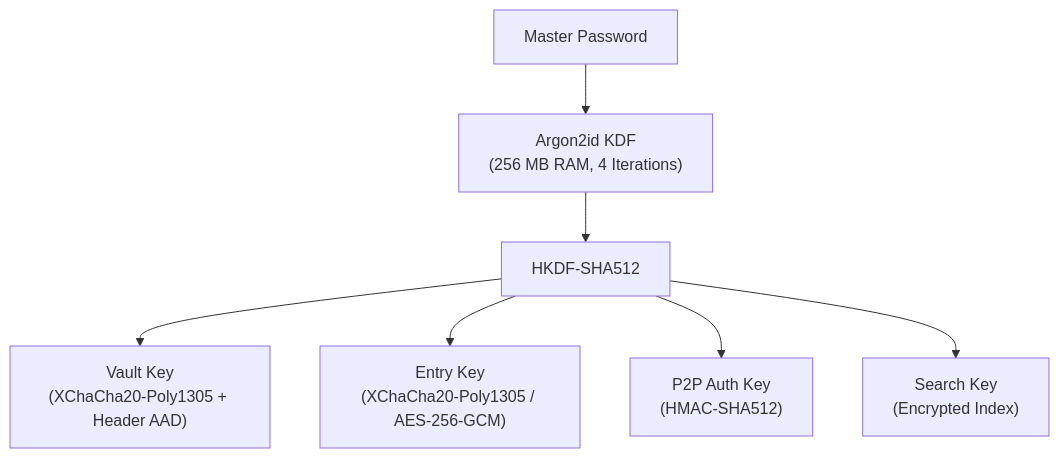
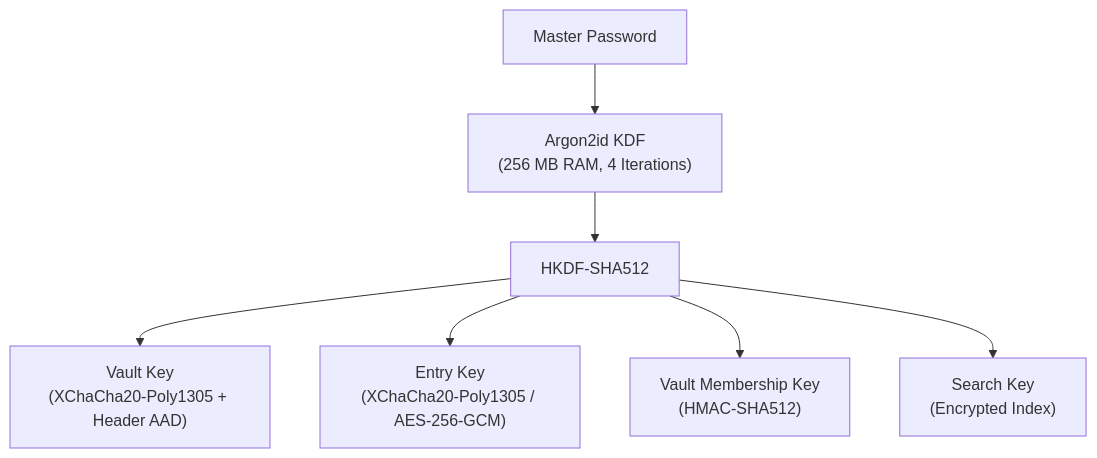
The first of 2 diagrams in README.md (YntraAB/yntra-vault), drawn with Mermaid before and after one commit. The commit also changed other lines of this file and 231 other files, not shown here.

````diff
--- a/README.md
+++ b/README.md
@@ -27,9 +27,9 @@
 ```mermaid
 graph TD
     PWD["Master Password"] --> ARG["Argon2id KDF<br/>(256 MB RAM, 4 Iterations)"]
     ARG --> HKDF["HKDF-SHA512"]
     HKDF --> VK["Vault Key<br/>(XChaCha20-Poly1305 + Header AAD)"]
     HKDF --> EK["Entry Key<br/>(XChaCha20-Poly1305 / AES-256-GCM)"]
-    HKDF --> HK["P2P Auth Key<br/>(HMAC-SHA512)"]
+    HKDF --> HK["Vault Membership Key<br/>(HMAC-SHA512)"]
     HKDF --> SK["Search Key<br/>(Encrypted Index)"]
 ```
````
